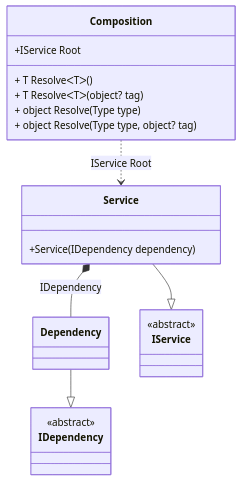
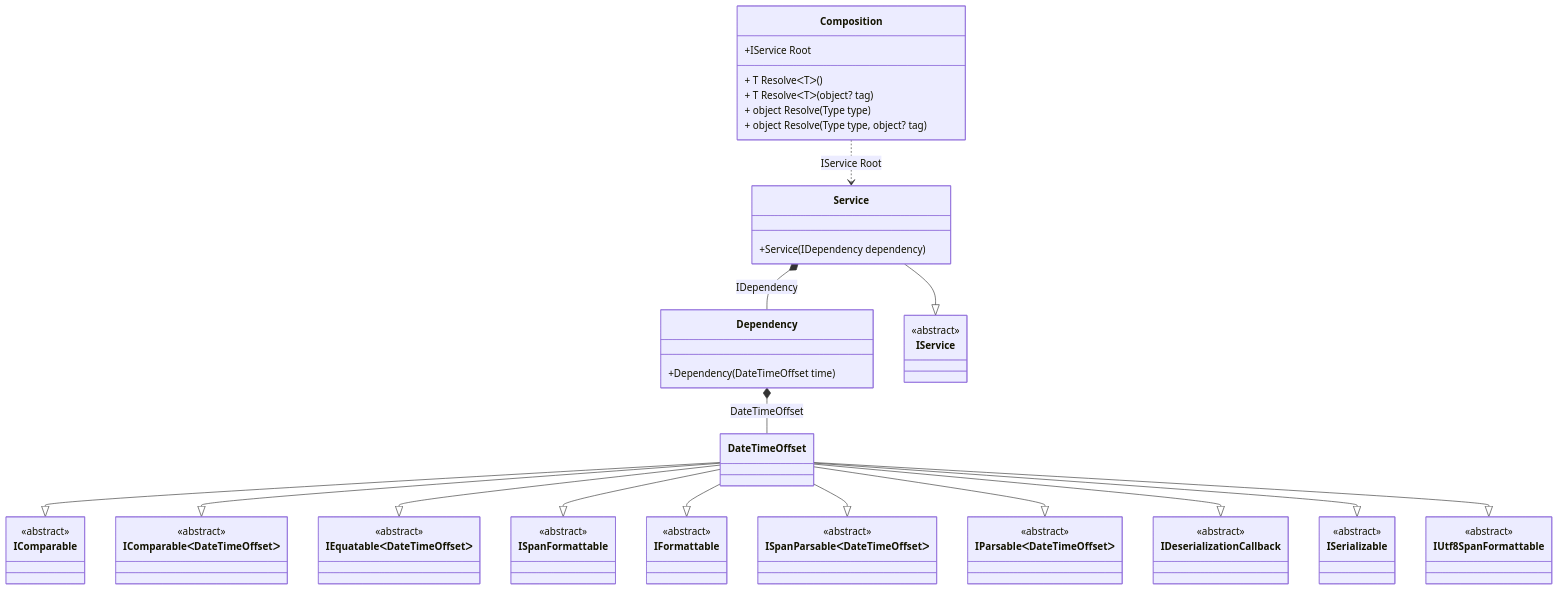
Before and after one commit to DevTeam/Pure.DI: the diagram in readme/factory.md, drawn with Mermaid. The commit also changed other lines of this file and 93 other files, not shown here.

````diff
--- a/readme/factory.md
+++ b/readme/factory.md
@@ -51,24 +55,64 @@
 ```mermaid
 classDiagram
   class Composition {
     +IService Root
     + T ResolveᐸTᐳ()
     + T ResolveᐸTᐳ(object? tag)
     + object Resolve(Type type)
     + object Resolve(Type type, object? tag)
   }
-  Dependency --|> IDependency : 
-  class Dependency
+  class Dependency {
+    +Dependency(DateTimeOffset time)
+  }
+  DateTimeOffset --|> IComparable : 
+  DateTimeOffset --|> IComparableᐸDateTimeOffsetᐳ : 
+  DateTimeOffset --|> IEquatableᐸDateTimeOffsetᐳ : 
+  DateTimeOffset --|> ISpanFormattable : 
+  DateTimeOffset --|> IFormattable : 
+  DateTimeOffset --|> ISpanParsableᐸDateTimeOffsetᐳ : 
+  DateTimeOffset --|> IParsableᐸDateTimeOffsetᐳ : 
+  DateTimeOffset --|> IDeserializationCallback : 
+  DateTimeOffset --|> ISerializable : 
+  DateTimeOffset --|> IUtf8SpanFormattable : 
+  class DateTimeOffset
   Service --|> IService : 
   class Service {
     +Service(IDependency dependency)
   }
-  class IDependency {
+  class IComparable {
+    <<abstract>>
+  }
+  class IComparableᐸDateTimeOffsetᐳ {
+    <<abstract>>
+  }
+  class IEquatableᐸDateTimeOffsetᐳ {
+    <<abstract>>
+  }
+  class ISpanFormattable {
+    <<abstract>>
+  }
+  class IFormattable {
+    <<abstract>>
+  }
+  class ISpanParsableᐸDateTimeOffsetᐳ {
+    <<abstract>>
+  }
+  class IParsableᐸDateTimeOffsetᐳ {
+    <<abstract>>
+  }
+  class IDeserializationCallback {
+    <<abstract>>
+  }
+  class ISerializable {
+    <<abstract>>
+  }
+  class IUtf8SpanFormattable {
     <<abstract>>
   }
   class IService {
     <<abstract>>
   }
+  Dependency *--  DateTimeOffset : DateTimeOffset
   Service *--  Dependency : IDependency
   Composition ..> Service : IService Root
 ```
````
